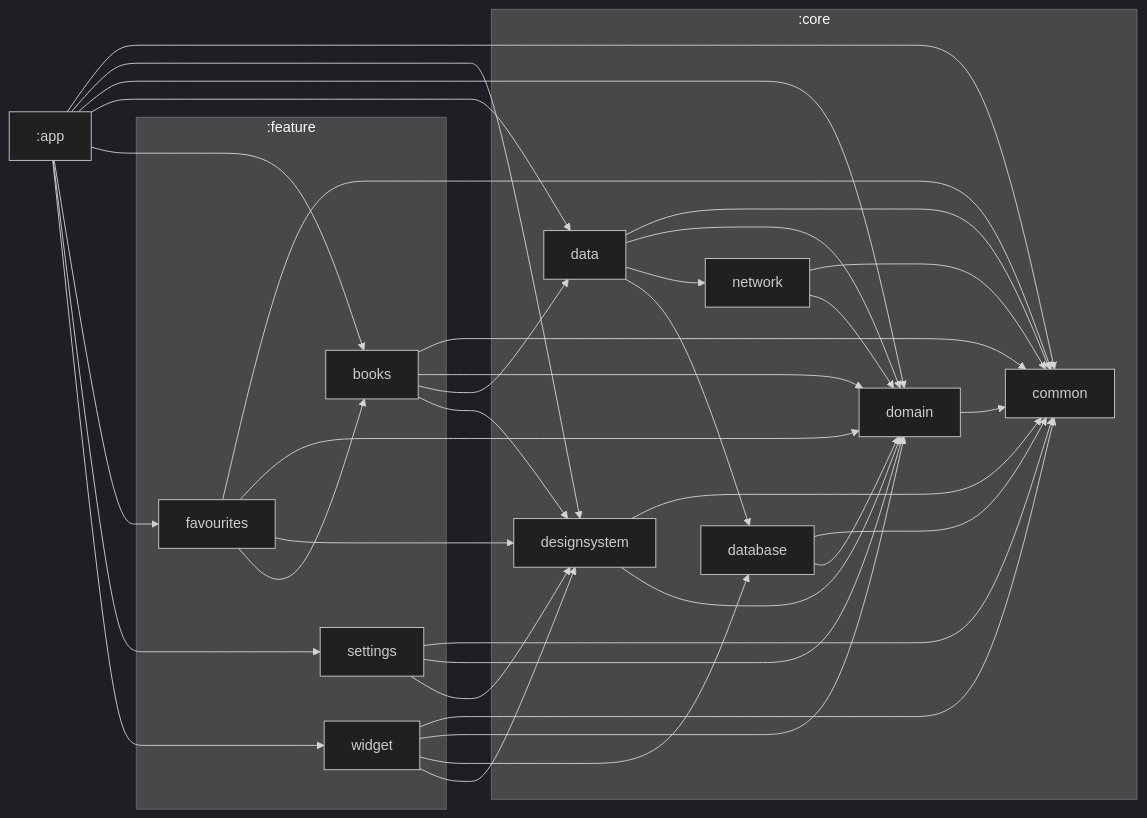
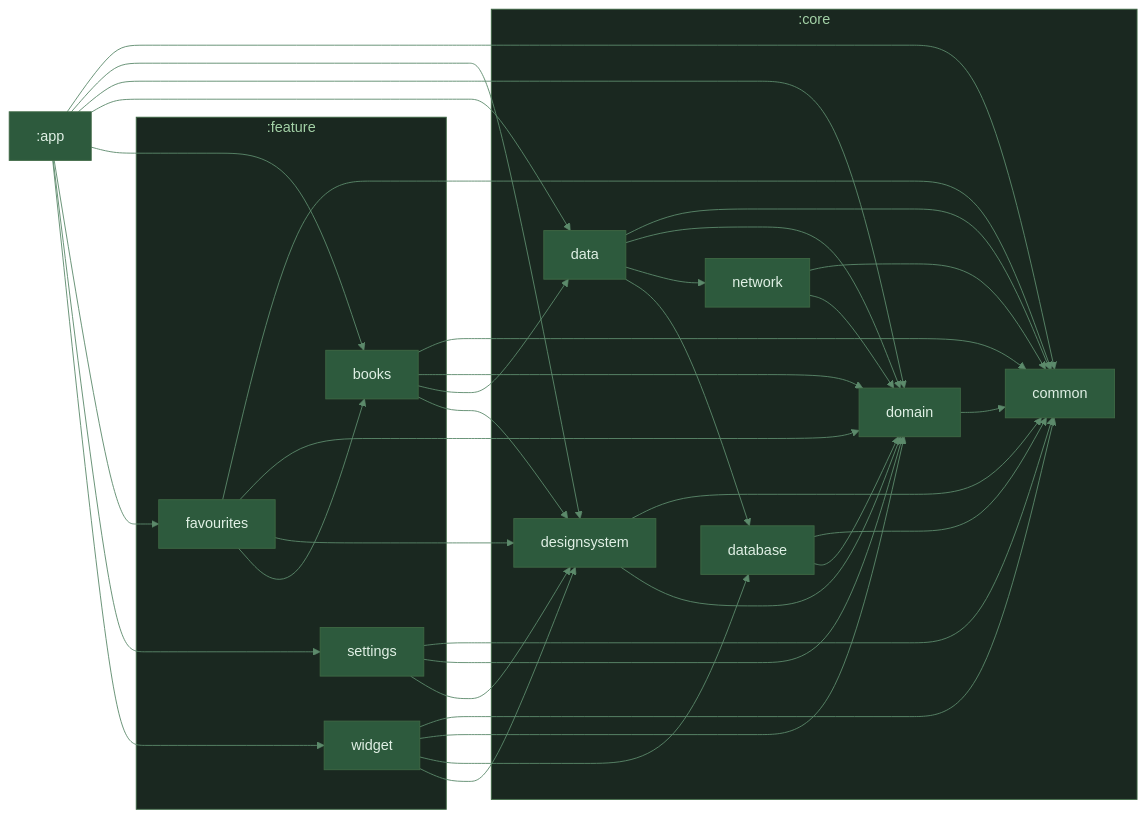
The diagram in README.md (DRonayne/OpenLibraryBooks), drawn with Mermaid before and after one commit. The commit also changed other lines of this file, not shown here.

````diff
--- a/README.md
+++ b/README.md
@@ -164,57 +144,74 @@
 ```mermaid
 %%{
   init: {
-    'theme': 'dark'
+    'theme': 'base',
+    'themeVariables': {
+      'primaryColor': '#2D5A3D',
+      'primaryTextColor': '#E0F0E5',
+      'primaryBorderColor': '#3E6844',
+      'lineColor': '#5C8A6B',
+      'secondaryColor': '#3E6844',
+      'tertiaryColor': '#547D5E',
+      'clusterBkg': '#1A2820',
+      'clusterBorder': '#3E6844',
+      'defaultLinkColor': '#5C8A6B',
+      'titleColor': '#A4D2A7',
+      'edgeLabelBackground': '#1A2820',
+      'nodeTextColor': '#E0F0E5',
+      'mainBkg': '#2D5A3D',
+      'nodeBorder': '#3E6844',
+      'background': '#1A2820'
+    }
   }
 }%%
 
 graph LR
   subgraph :core
     :core:database["database"]
     :core:common["common"]
     :core:domain["domain"]
     :core:designsystem["designsystem"]
     :core:data["data"]
     :core:network["network"]
   end
   subgraph :feature
     :feature:settings["settings"]
     :feature:books["books"]
     :feature:favourites["favourites"]
     :feature:widget["widget"]
   end
   :core:database --> :core:common
   :core:database --> :core:domain
   :feature:settings --> :core:common
   :feature:settings --> :core:domain
   :feature:settings --> :core:designsystem
   :app --> :core:common
   :app --> :core:designsystem
   :app --> :core:domain
   :app --> :core:data
   :app --> :feature:books
   :app --> :feature:favourites
   :app --> :feature:settings
   :app --> :feature:widget
   :feature:widget --> :core:common
   :feature:widget --> :core:domain
   :feature:widget --> :core:database
   :feature:widget --> :core:designsystem
   :core:designsystem --> :core:common
   :core:designsystem --> :core:domain
   :core:data --> :core:common
   :core:data --> :core:domain
   :core:data --> :core:network
   :core:data --> :core:database
   :feature:books --> :core:common
   :feature:books --> :core:domain
   :feature:books --> :core:data
   :feature:books --> :core:designsystem
   :core:network --> :core:common
   :core:network --> :core:domain
   :feature:favourites --> :core:common
   :feature:favourites --> :core:domain
   :feature:favourites --> :core:designsystem
   :feature:favourites --> :feature:books
   :core:domain --> :core:common
 ```
````
